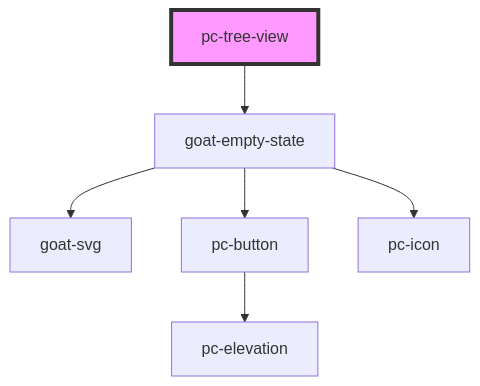
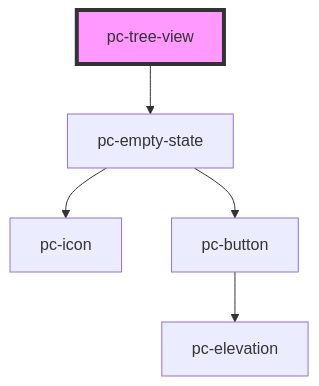
The diagram in src/components/tree-view/tree-view/readme.md (redvars/peacock), drawn with Mermaid before and after one commit. The commit also changed other lines of this file and 299 other files, not shown here.

````diff
--- a/src/components/tree-view/tree-view/readme.md
+++ b/src/components/tree-view/tree-view/readme.md
@@ -64,9 +64,8 @@
 ```mermaid
 graph TD;
-  pc-tree-view --> goat-empty-state
-  goat-empty-state --> goat-svg
-  goat-empty-state --> pc-button
-  goat-empty-state --> pc-icon
+  pc-tree-view --> pc-empty-state
+  pc-empty-state --> pc-icon
+  pc-empty-state --> pc-button
   pc-button --> pc-elevation
   style pc-tree-view fill:#f9f,stroke:#333,stroke-width:4px
 ```
````
